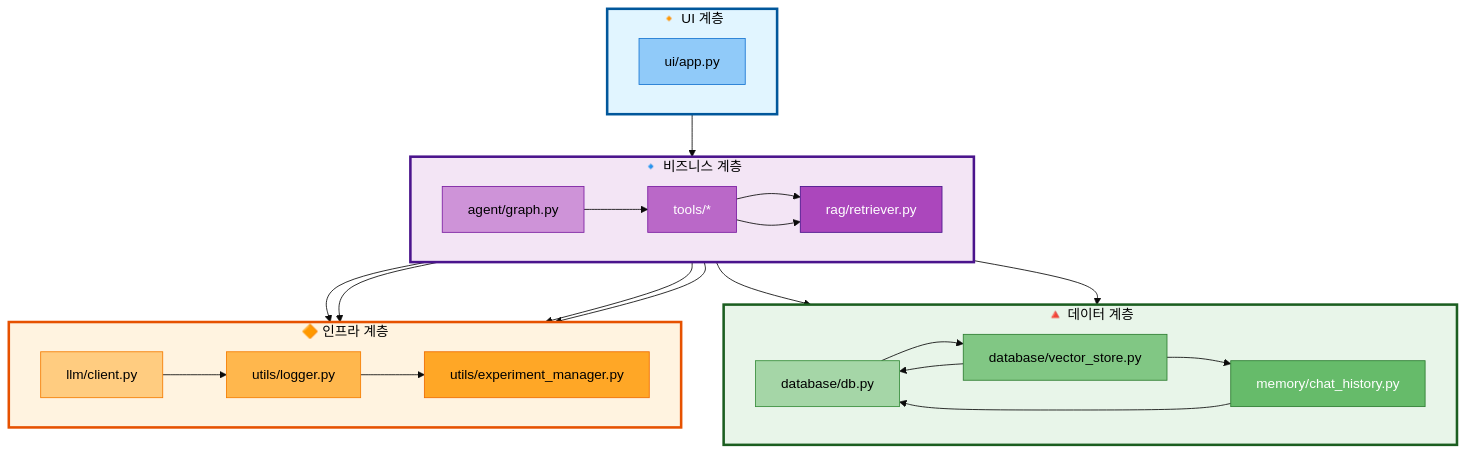
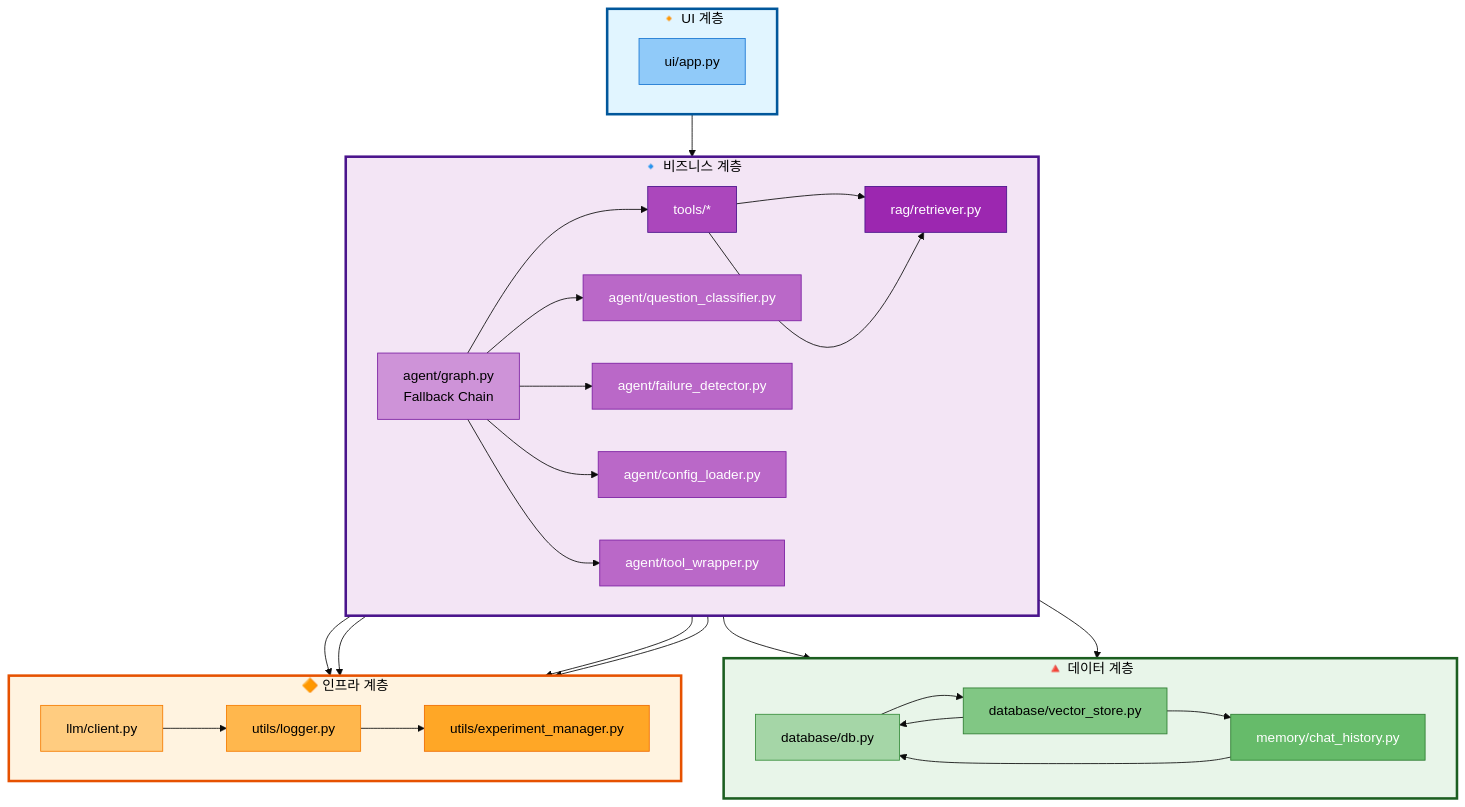
One commit to AIBootcamp14/langchainproject-new-langchainproject_5 changed the third of 3 diagrams in docs/modularization/01_프로젝트_구조.md. Above: the diagram before and after it, drawn with Mermaid (base theme). The commit also changed other lines of this file, not shown here.

First line of the commit message:
docs: 프로젝트 구조 문서의 mermaid 다이어그램에 Fallback Chain 추가

````diff
--- a/docs/modularization/01_프로젝트_구조.md
+++ b/docs/modularization/01_프로젝트_구조.md
@@ -868,61 +894,69 @@
 ```mermaid
 graph TB
     subgraph UI_Layer["🔸 UI 계층"]
         direction LR
         UI[ui/app.py]
     end
 
     subgraph Business_Layer["🔹 비즈니스 계층"]
         direction LR
-        Agent[agent/graph.py] --> Tools[tools/*]
+        Agent[agent/graph.py<br/>Fallback Chain] --> Tools[tools/*]
+        Agent --> Classifier[agent/question_classifier.py]
+        Agent --> FailDetector[agent/failure_detector.py]
+        Agent --> ConfigLoader[agent/config_loader.py]
+        Agent --> ToolWrapper[agent/tool_wrapper.py]
         Tools --> RAG[rag/retriever.py]
     end
 
     subgraph Data_Layer["🔺 데이터 계층"]
         direction LR
         DB[database/db.py] --> Vector[database/vector_store.py]
         Vector --> Memory[memory/chat_history.py]
     end
 
     subgraph Infra_Layer["🔶 인프라 계층"]
         direction LR
         LLM[llm/client.py] --> Logger[utils/logger.py]
         Logger --> ExpMgr[utils/experiment_manager.py]
     end
 
     UI --> Agent
     Agent --> Memory
     Tools --> RAG
     Tools --> LLM
     RAG --> Vector
     Vector --> DB
     Memory --> DB
 
     Agent --> ExpMgr
     Tools --> Logger
     RAG --> Logger
 
     %% Subgraph 스타일
     style UI_Layer fill:#e1f5ff,stroke:#01579b,stroke-width:3px,color:#000
     style Business_Layer fill:#f3e5f5,stroke:#4a148c,stroke-width:3px,color:#000
     style Data_Layer fill:#e8f5e9,stroke:#1b5e20,stroke-width:3px,color:#000
     style Infra_Layer fill:#fff3e0,stroke:#e65100,stroke-width:3px,color:#000
 
     %% 노드 스타일 (UI 계층 - 파랑 계열)
     style UI fill:#90caf9,stroke:#1976d2,color:#000
 
     %% 노드 스타일 (비즈니스 계층 - 보라 계열)
     style Agent fill:#ce93d8,stroke:#7b1fa2,color:#000
-    style Tools fill:#ba68c8,stroke:#7b1fa2,color:#fff
-    style RAG fill:#ab47bc,stroke:#4a148c,color:#fff
+    style Classifier fill:#ba68c8,stroke:#7b1fa2,color:#fff
+    style FailDetector fill:#ba68c8,stroke:#7b1fa2,color:#fff
+    style ConfigLoader fill:#ba68c8,stroke:#7b1fa2,color:#fff
+    style ToolWrapper fill:#ba68c8,stroke:#7b1fa2,color:#fff
+    style Tools fill:#ab47bc,stroke:#4a148c,color:#fff
+    style RAG fill:#9c27b0,stroke:#4a148c,color:#fff
 
     %% 노드 스타일 (데이터 계층 - 녹색 계열)
     style DB fill:#a5d6a7,stroke:#388e3c,color:#000
     style Vector fill:#81c784,stroke:#2e7d32,color:#000
     style Memory fill:#66bb6a,stroke:#2e7d32,color:#fff
 
     %% 노드 스타일 (인프라 계층 - 주황 계열)
     style LLM fill:#ffcc80,stroke:#f57c00,color:#000
     style Logger fill:#ffb74d,stroke:#f57c00,color:#000
     style ExpMgr fill:#ffa726,stroke:#ef6c00,color:#000
 ```
````
